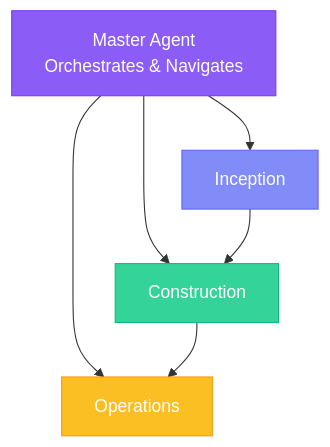
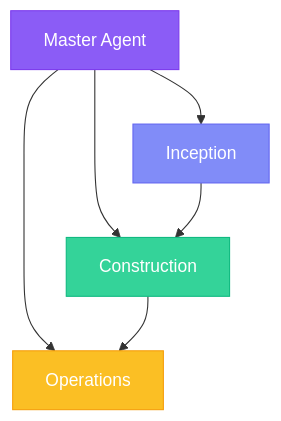
The third of 3 diagrams in docs.specs.md/architecture/flows.mdx (fabriqaai/specsmd), drawn with Mermaid before and after one commit. The commit also changed other lines of this file and 17 other files, not shown here.

First line of the commit message:
docs: add FIRE flow documentation and 3-flow framework positioning

````diff
--- a/docs.specs.md/architecture/flows.mdx
+++ b/docs.specs.md/architecture/flows.mdx
@@ -64,13 +106,13 @@
 ```mermaid
 flowchart TB
-    MA[Master Agent<br/>Orchestrates & Navigates] --> IA[Inception]
+    MA[Master Agent] --> IA[Inception]
     MA --> CA[Construction]
     MA --> OA[Operations]
 
     IA --> CA --> OA
 
     style MA fill:#8B5CF6,stroke:#7C3AED,color:#fff
     style IA fill:#818CF8,stroke:#6366F1,color:#fff
     style CA fill:#34D399,stroke:#10B981,color:#fff
     style OA fill:#FBBF24,stroke:#F59E0B,color:#fff
 ```
````
